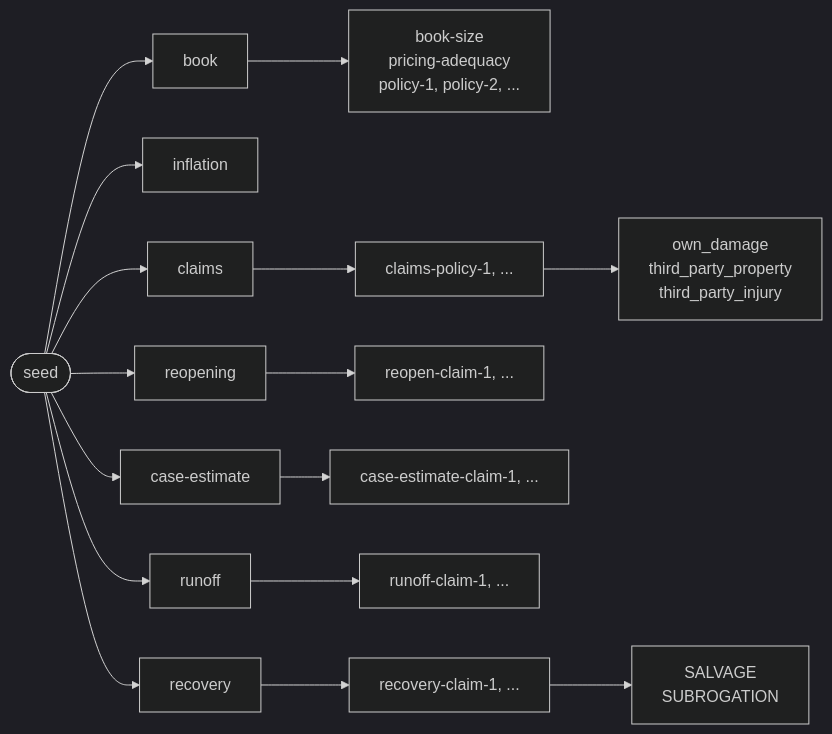
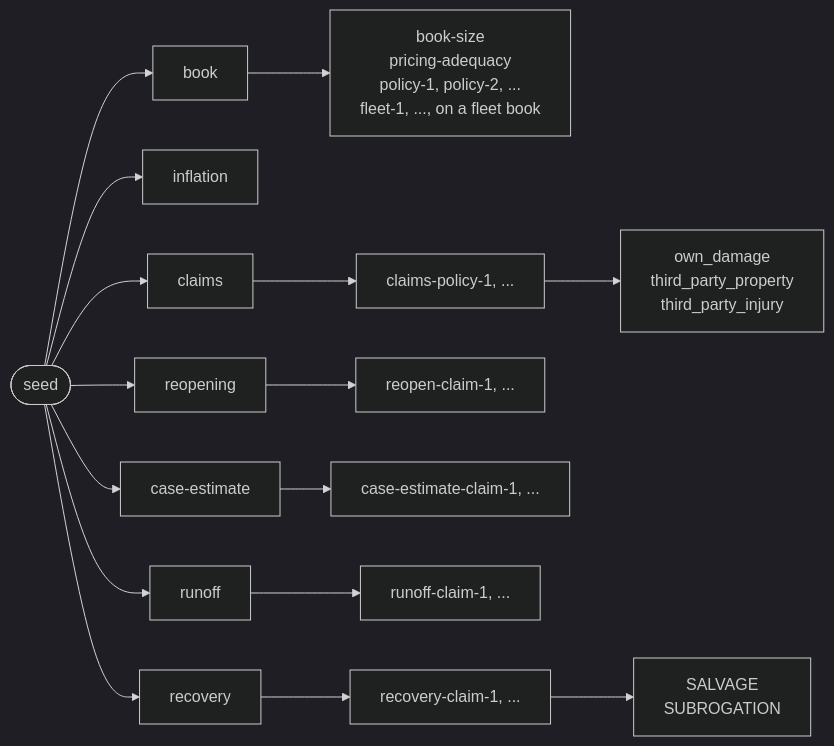
Before and after one commit to le-marais/claims-data-generator: the eighth of 10 diagrams in README.md, drawn with Mermaid (dark theme). The commit also changed other lines of this file and 40 other files, not shown here.

First line of the commit message:
Add a commercial motor preset with a fleet book, scored against Schedule P Part 1C (#31)

````diff
--- a/README.md
+++ b/README.md
@@ -277,27 +285,27 @@
 ```mermaid
 %%{init: {"flowchart": {"wrappingWidth": 480}}}%%
 flowchart LR
     seed(["seed"])
     book["book"]
-    bookStreams["book-size<br/>pricing-adequacy<br/>policy-1, policy-2, ..."]
+    bookStreams["book-size<br/>pricing-adequacy<br/>policy-1, policy-2, ...<br/>fleet-1, ..., on a fleet book"]
     inflation["inflation"]
     claims["claims"]
     claimStreams["claims-policy-1, ..."]
     sectionStreams["own_damage<br/>third_party_property<br/>third_party_injury"]
     reopening["reopening"]
     reopenStreams["reopen-claim-1, ..."]
     caseEstimate["case-estimate"]
     caseStreams["case-estimate-claim-1, ..."]
     runoff["runoff"]
     runoffStreams["runoff-claim-1, ..."]
     recovery["recovery"]
     recoveryStreams["recovery-claim-1, ..."]
     recoveryKinds["SALVAGE<br/>SUBROGATION"]
     seed --> book --> bookStreams
     seed --> inflation
     seed --> claims --> claimStreams --> sectionStreams
     seed --> reopening --> reopenStreams
     seed --> caseEstimate --> caseStreams
     seed --> runoff --> runoffStreams
     seed --> recovery --> recoveryStreams --> recoveryKinds
 ```
````
